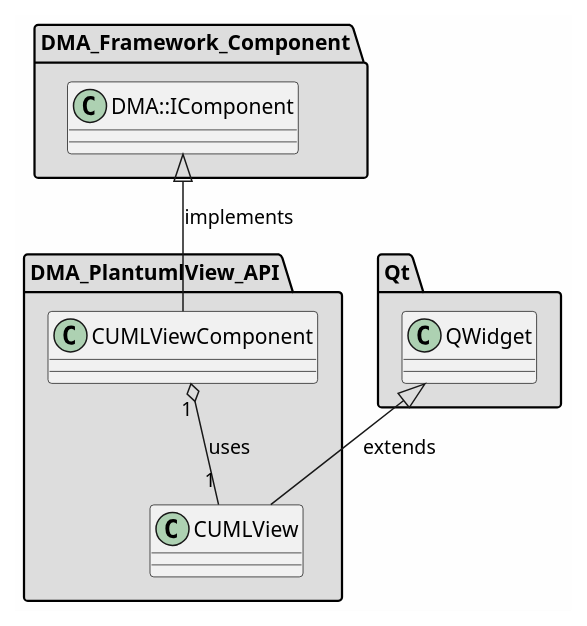
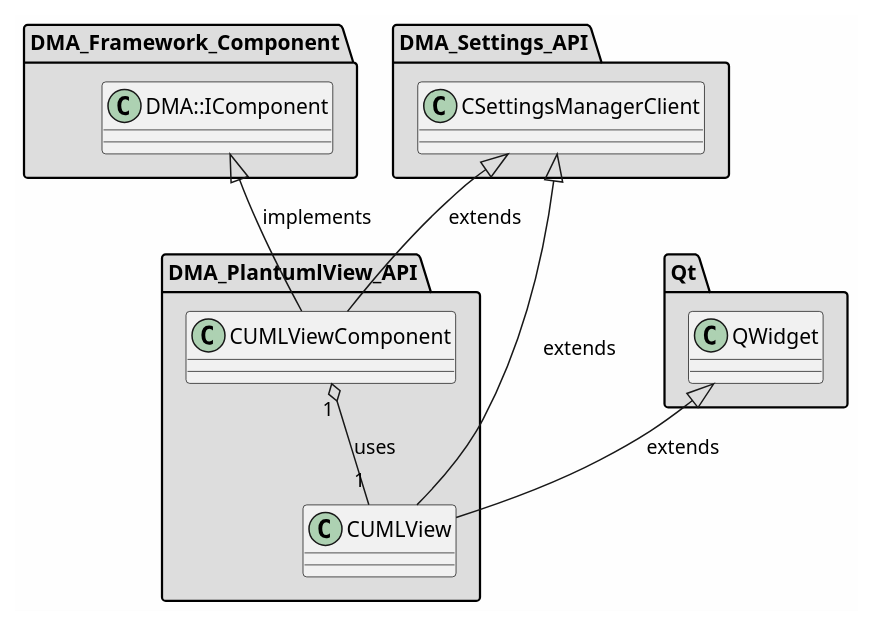
Before and after one commit to svlad-90/DLT-Message-Analyzer: the diagram in md/dev_docs/puml/DMA_PlantumlView_API_standalone.puml, drawn with PlantUML. The commit also changed 129 other files, not shown here.

First line of the commit message:
[ISSUE #111][COMPONENTS] Introduce components architecture in the project

```diff
--- a/md/dev_docs/puml/DMA_PlantumlView_API_standalone.puml
+++ b/md/dev_docs/puml/DMA_PlantumlView_API_standalone.puml
@@ -2,43 +2,54 @@
 @startuml
 
 skinparam backgroundColor #FEFEFE
 skinparam wrapWidth 600
 package "DMA_Framework_Component" #DDDDDD
 {
 
 class "DMA::IComponent"
 {
 }
 
 }
 
 package "DMA_PlantumlView_API" #DDDDDD
 {
 
 class "CUMLView"
 {
 }
 
 class "CUMLViewComponent"
 {
 }
 
 }
 
+package "DMA_Settings_API" #DDDDDD
+{
+
+class "CSettingsManagerClient"
+{
+}
+
+}
+
 package "Qt" #DDDDDD
 {
 
 class "QWidget"
 {
 }
 
 }
 
 '====================Inheritance section====================
+CSettingsManagerClient <|-- CUMLView : extends
 QWidget <|-- CUMLView : extends
+CSettingsManagerClient <|-- CUMLViewComponent : extends
 DMA::IComponent <|-- CUMLViewComponent : implements
 
 '====================Dependencies section====================
 CUMLViewComponent "1" o-- "1" CUMLView : uses
 
 @enduml
```
